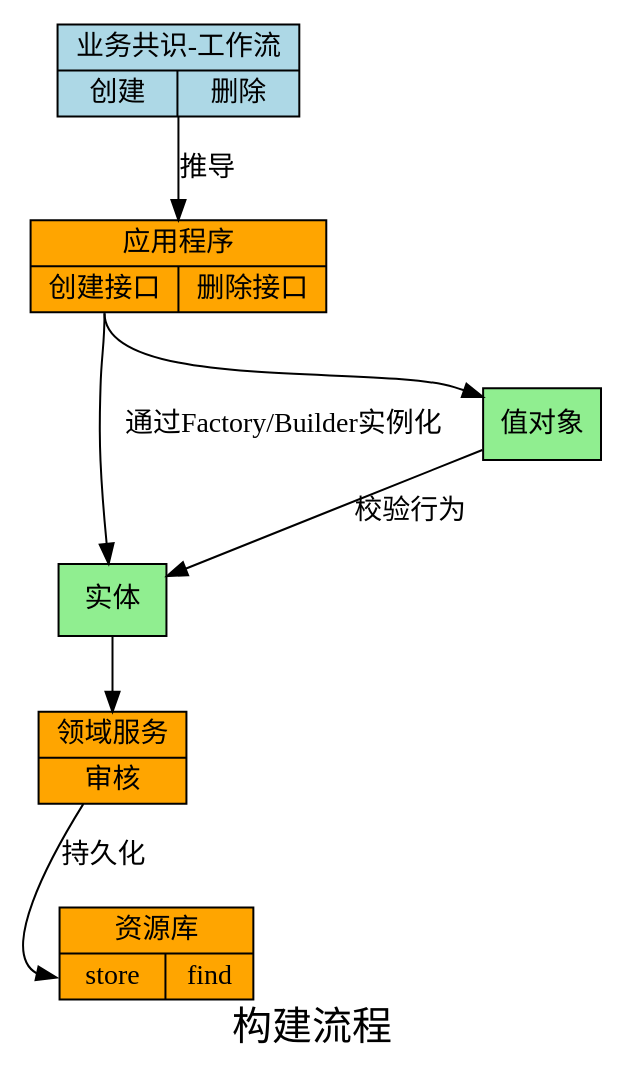
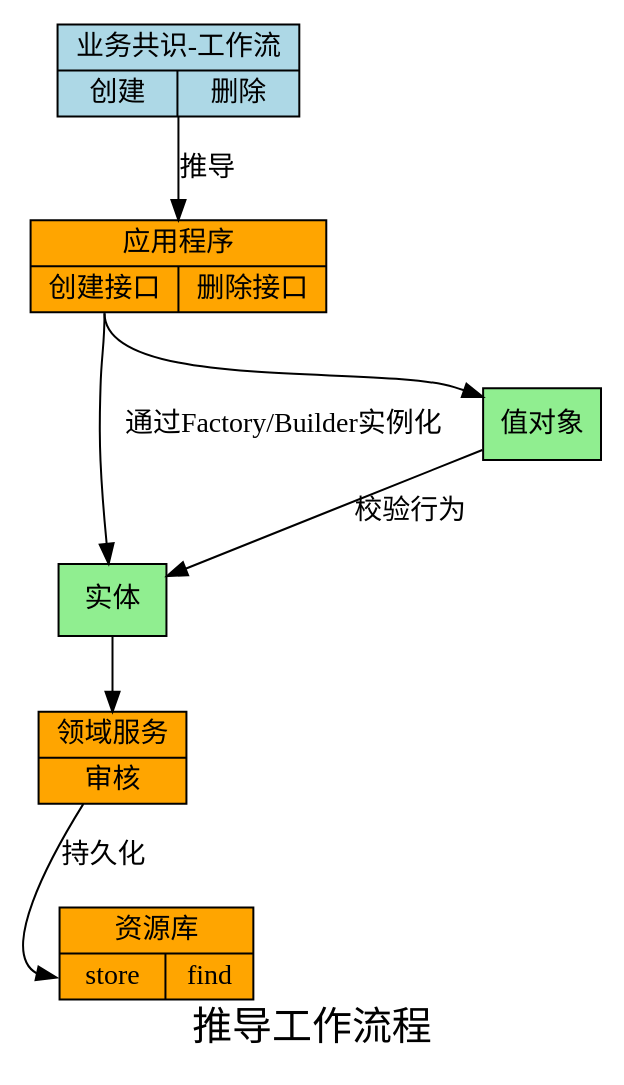
The diagram in ddd/img/construct_flow.dot (shinyoo/shinyoo.github.io), drawn with Graphviz before and after one commit. The commit also changed 2 other files, not shown here.

```diff
--- a/ddd/img/construct_flow.dot
+++ b/ddd/img/construct_flow.dot
@@ -1,22 +1,22 @@
 digraph {
     node[style=filled;fillcolor="orange";]
     node[shape=record]
     flow[label="{业务共识-工作流|{创建|删除}}";fillcolor=lightblue]
     app[label="{应用程序|{<f1>创建接口|<f2>删除接口}}";shape=record]
     repo[label="{资源库|{<s>store|<f>find}}"]
     ser[label="{领域服务 |{<valid>审核}}"]
     node[fillcolor=lightgreen]
     e[label="实体"]
     v[label="值对象"]
     
 
 
     flow->app[label="推导"]
     app:f1->e[label="通过Factory/Builder实例化"]
     app:f1->v
     v->e[label="校验行为"]
     e->ser
     ser->repo:s[label="持久化"]
     fontsize=20
-    label="构建流程"
+    label="推导工作流程"
 }
```
